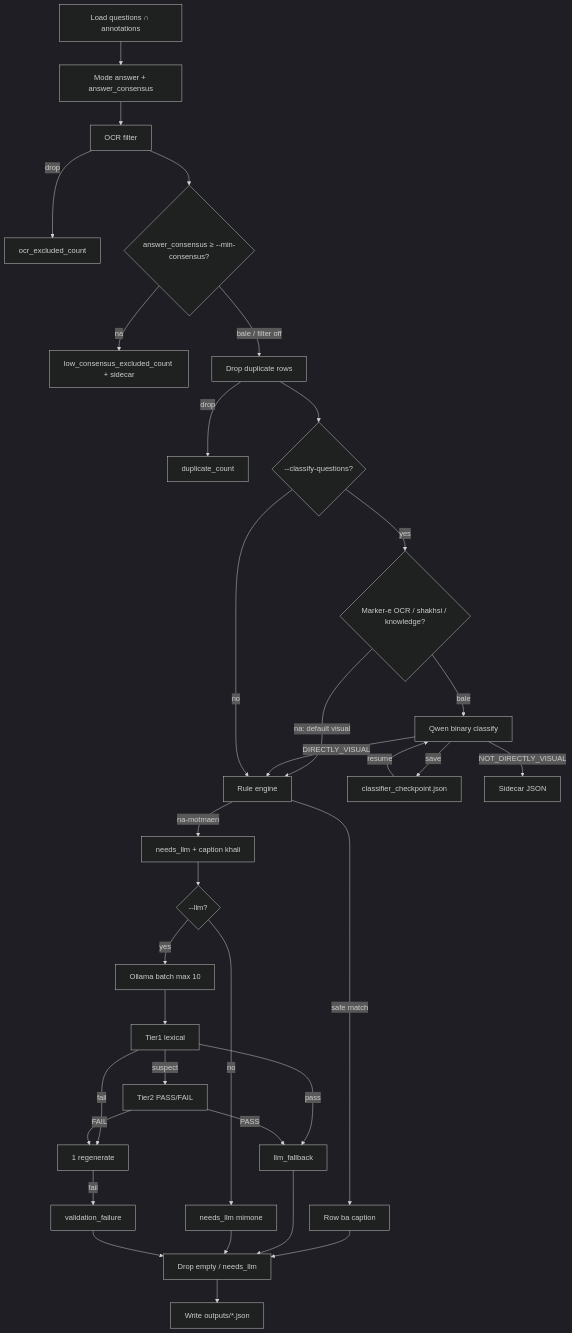
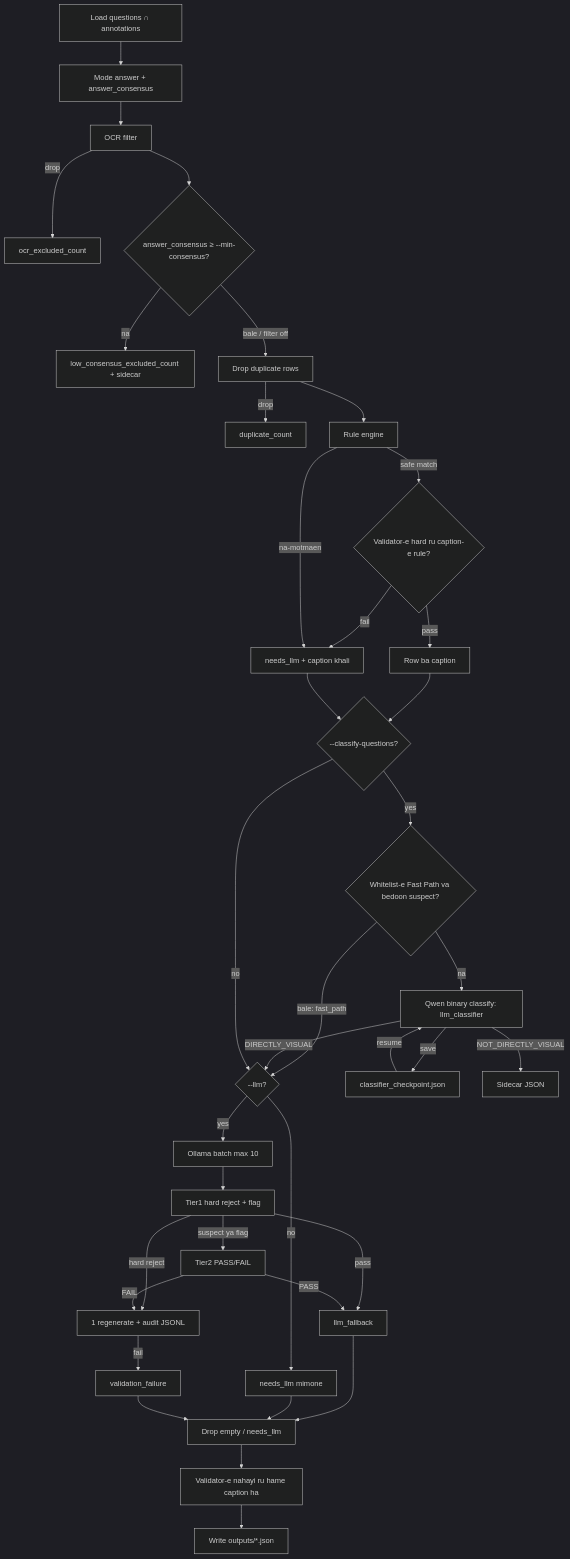
The third of 6 diagrams in QuestionDependentCaptionGenerator/architecture/architecture.fa-en.md (MahdiRuzmeh/ImageCaptioningImprovedVisualQuestionAnswering), drawn with Mermaid (dark theme) before and after one commit. The commit also changed other lines of this file and 7 other files, not shown here.

Commit message:
feat: Refine question classification and caption generation by implementing a conservative whitelist for visual questions, enhancing validation checks, and adding detailed logging for rule validation outcomes. Update documentation to reflect changes in classification logic and processing flow.

````diff
--- a/QuestionDependentCaptionGenerator/architecture/architecture.fa-en.md
+++ b/QuestionDependentCaptionGenerator/architecture/architecture.fa-en.md
@@ -94,36 +94,39 @@
 ```mermaid
 flowchart TD
   load[Load questions ∩ annotations] --> mode[Mode answer + answer_consensus]
   mode --> ocr[OCR filter]
   ocr -->|drop| ocrDrop[ocr_excluded_count]
   ocr --> cons{answer_consensus ≥ --min-consensus?}
   cons -->|na| consDrop[low_consensus_excluded_count + sidecar]
   cons -->|bale / filter off| dedup[Drop duplicate rows]
   dedup -->|drop| dupDrop[duplicate_count]
-  dedup --> subjOpt{--classify-questions?}
-  subjOpt -->|yes| suspect{Marker-e OCR / shakhsi / knowledge?}
-  suspect -->|na: default visual| rules
-  suspect -->|bale| clf[Qwen binary classify]
+  dedup --> rules[Rule engine]
+  rules -->|safe match| ruleVal{Validator-e hard ru caption-e rule?}
+  ruleVal -->|fail| needs
+  ruleVal -->|pass| row[Row ba caption]
+  rules -->|na-motmaen| needs[needs_llm + caption khali]
+  row --> subjOpt
+  needs --> subjOpt{--classify-questions?}
+  subjOpt -->|yes| fast{Whitelist-e Fast Path va bedoon suspect?}
+  fast -->|bale: fast_path| llmOpt
+  fast -->|na| clf[Qwen binary classify: llm_classifier]
   clf -->|save| clfCkpt[classifier_checkpoint.json]
   clfCkpt -->|resume| clf
   clf -->|NOT_DIRECTLY_VISUAL| side[Sidecar JSON]
-  clf -->|DIRECTLY_VISUAL| rules
-  subjOpt -->|no| rules[Rule engine]
-  rules -->|safe match| row[Row ba caption]
-  rules -->|na-motmaen| needs[needs_llm + caption khali]
-  needs --> llmOpt{--llm?}
+  clf -->|DIRECTLY_VISUAL| llmOpt
+  subjOpt -->|no| llmOpt{--llm?}
   llmOpt -->|yes| batch[Ollama batch max 10]
-  batch --> tier1[Tier1 lexical]
-  tier1 -->|suspect| tier2[Tier2 PASS/FAIL]
-  tier1 -->|fail| retry[1 regenerate]
+  batch --> tier1[Tier1 hard reject + flag]
+  tier1 -->|suspect ya flag| tier2[Tier2 PASS/FAIL]
+  tier1 -->|hard reject| retry[1 regenerate + audit JSONL]
   tier2 -->|FAIL| retry
   tier1 -->|pass| llmRow[llm_fallback]
   tier2 -->|PASS| llmRow
   retry -->|fail| dropVal[validation_failure]
   llmOpt -->|no| keepEmpty[needs_llm mimone]
-  row --> drop
   llmRow --> drop
   keepEmpty --> drop[Drop empty / needs_llm]
   dropVal --> drop
-  drop --> out[Write outputs/*.json]
+  drop --> finalVal[Validator-e nahayi ru hame caption ha]
+  finalVal --> out[Write outputs/*.json]
 ```
````
